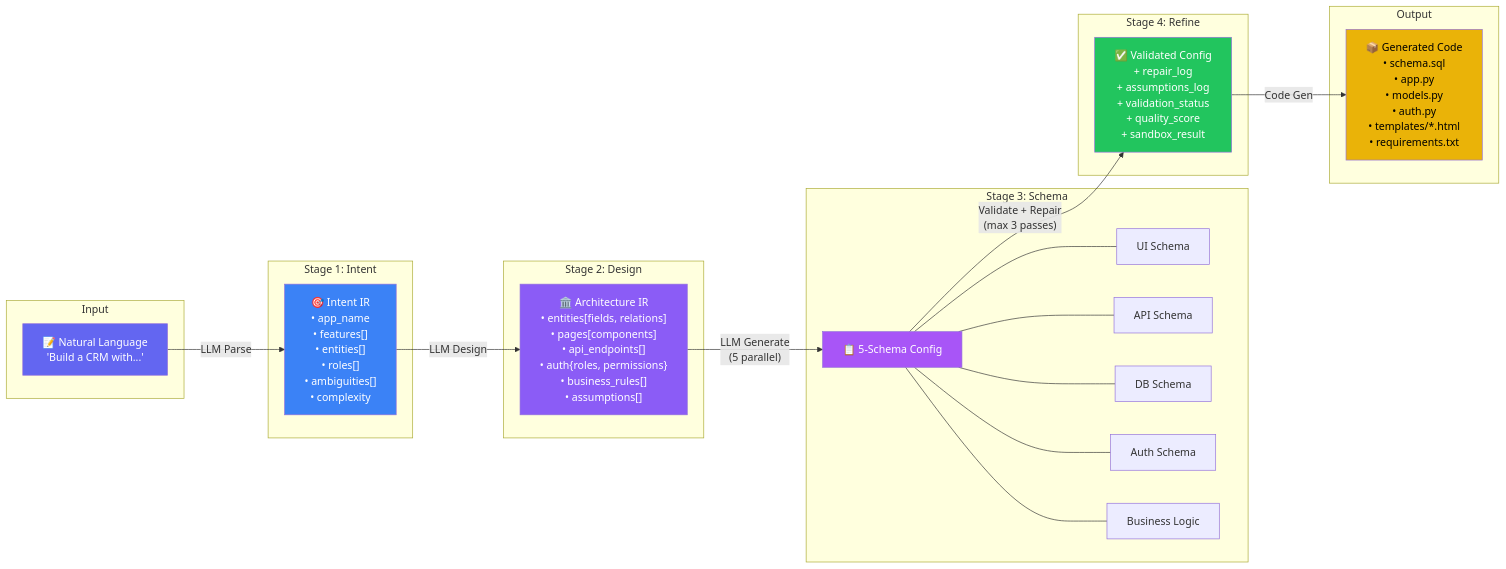
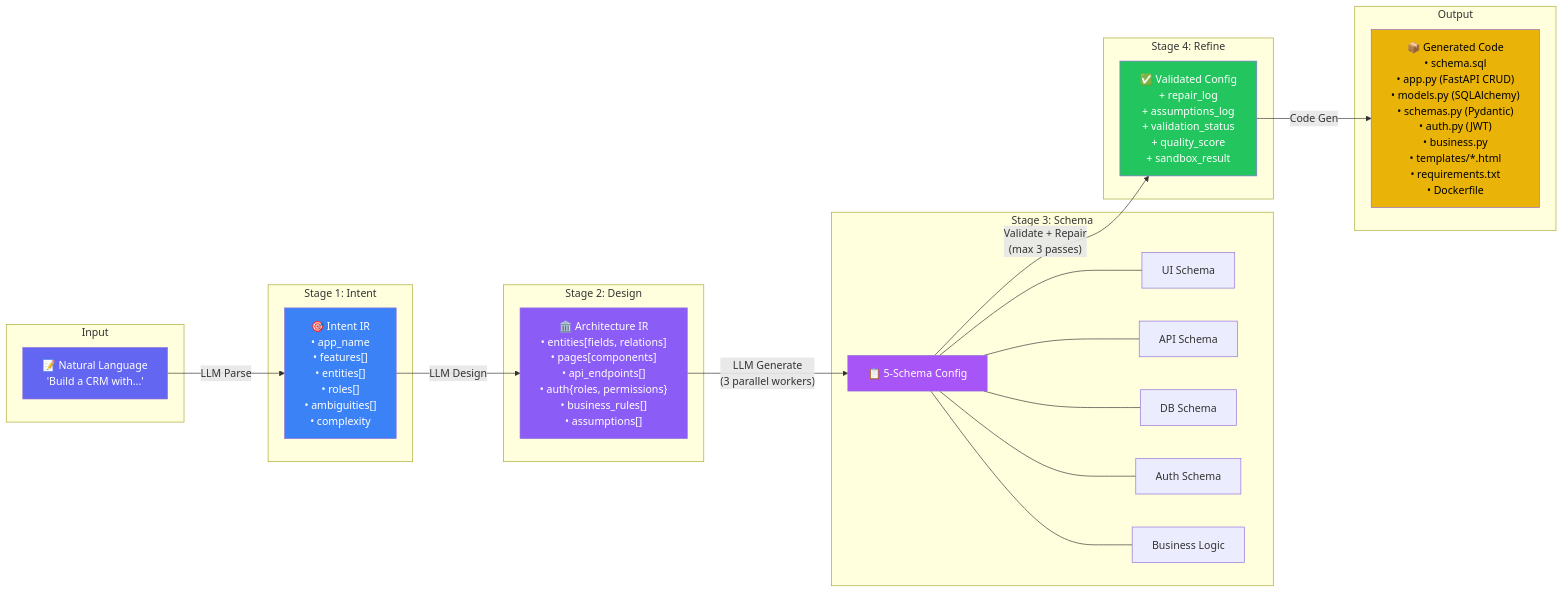
The second of 24 diagrams in SOFTWARE_ARCHITECTURE.md (notsooamit/app-compiler), drawn with Mermaid before and after one commit. The commit also changed other lines of this file and 1 other file, not shown here.

Commit message:
Remove unused /tmp/generated-apps directory from Dockerfile

````diff
--- a/SOFTWARE_ARCHITECTURE.md
+++ b/SOFTWARE_ARCHITECTURE.md
@@ -134,45 +135,45 @@
 ```mermaid
 flowchart LR
     subgraph "Input"
         NL["📝 Natural Language<br/>'Build a CRM with...'"]
     end
 
     subgraph "Stage 1: Intent"
         IR1["🎯 Intent IR<br/>• app_name<br/>• features[]<br/>• entities[]<br/>• roles[]<br/>• ambiguities[]<br/>• complexity"]
     end
 
     subgraph "Stage 2: Design"
         IR2["🏛️ Architecture IR<br/>• entities[fields, relations]<br/>• pages[components]<br/>• api_endpoints[]<br/>• auth{roles, permissions}<br/>• business_rules[]<br/>• assumptions[]"]
     end
 
     subgraph "Stage 3: Schema"
         CFG["📋 5-Schema Config"]
         UI_S["UI Schema"]
         API_S["API Schema"]
         DB_S["DB Schema"]
         AUTH_S["Auth Schema"]
         BL_S["Business Logic"]
     end
 
     subgraph "Stage 4: Refine"
         FINAL["✅ Validated Config<br/>+ repair_log<br/>+ assumptions_log<br/>+ validation_status<br/>+ quality_score<br/>+ sandbox_result"]
     end
 
     subgraph "Output"
-        CODE["📦 Generated Code<br/>• schema.sql<br/>• app.py<br/>• models.py<br/>• auth.py<br/>• templates/*.html<br/>• requirements.txt"]
+        CODE["📦 Generated Code<br/>• schema.sql<br/>• app.py (FastAPI CRUD)<br/>• models.py (SQLAlchemy)<br/>• schemas.py (Pydantic)<br/>• auth.py (JWT)<br/>• business.py<br/>• templates/*.html<br/>• requirements.txt<br/>• Dockerfile"]
     end
 
     NL -->|"LLM Parse"| IR1
     IR1 -->|"LLM Design"| IR2
-    IR2 -->|"LLM Generate<br/>(5 parallel)"| CFG
+    IR2 -->|"LLM Generate<br/>(3 parallel workers)"| CFG
     CFG --- UI_S & API_S & DB_S & AUTH_S & BL_S
     CFG -->|"Validate + Repair<br/>(max 3 passes)"| FINAL
     FINAL -->|"Code Gen"| CODE
 
     style NL fill:#6366f1,color:#fff
     style IR1 fill:#3b82f6,color:#fff
     style IR2 fill:#8b5cf6,color:#fff
     style CFG fill:#a855f7,color:#fff
     style FINAL fill:#22c55e,color:#fff
     style CODE fill:#eab308,color:#000
 ```
````
